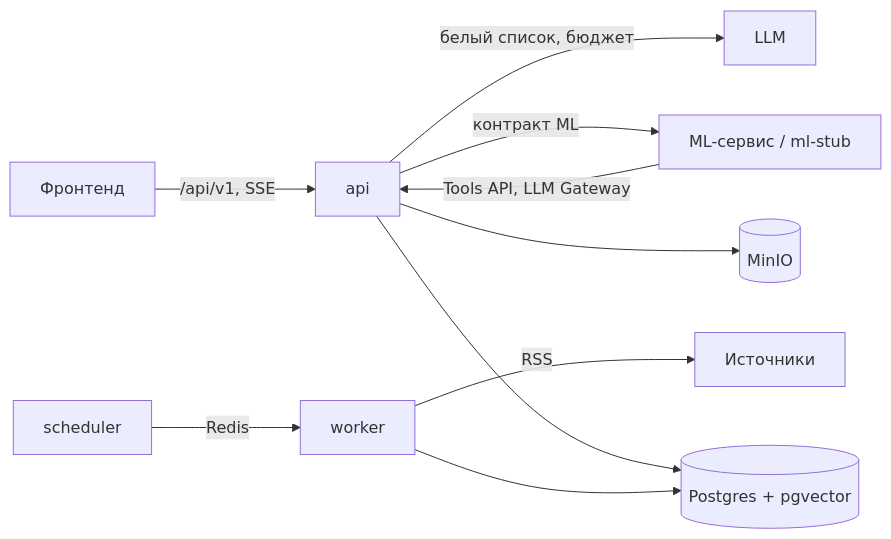
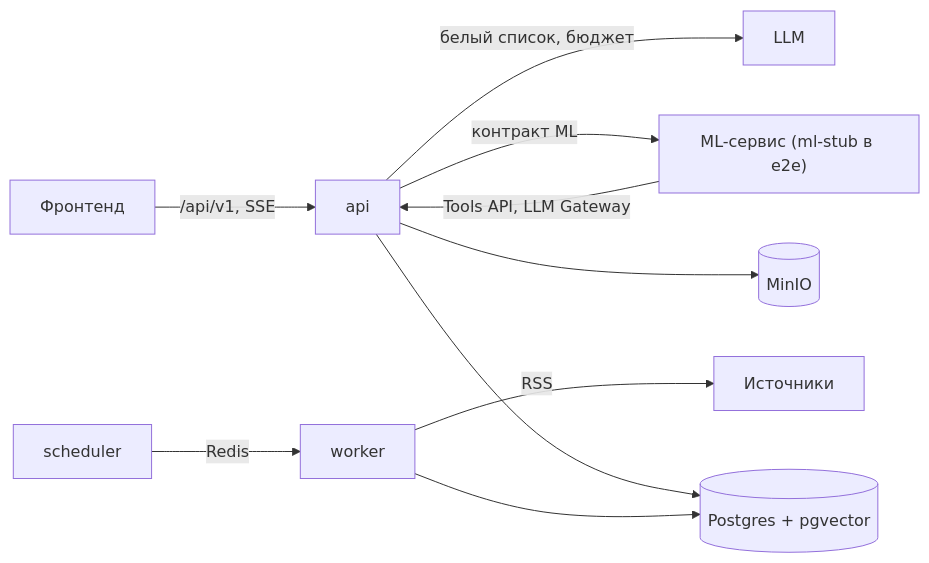
The diagram in README.md (leksika1/alpha-hack), drawn with Mermaid before and after one commit. The commit also changed other lines of this file and 4 other files, not shown here.

Commit message:
docs: README and architecture for the ML service, frontend and deploy; progress, backlog, changelog

````diff
--- a/README.md
+++ b/README.md
@@ -88,12 +91,12 @@
 ```mermaid
 flowchart LR
   FE["Фронтенд"] -->|"/api/v1, SSE"| API["api"]
   API --> PG[("Postgres + pgvector")]
   API --> S3[("MinIO")]
   W["worker"] --> PG
   SCH["scheduler"] -->|"Redis"| W
   W -->|"RSS"| NEWS["Источники"]
-  API -->|"контракт ML"| ML["ML-сервис / ml-stub"]
+  API -->|"контракт ML"| ML["ML-сервис (ml-stub в e2e)"]
   ML -->|"Tools API, LLM Gateway"| API
   API -->|"белый список, бюджет"| LLM["LLM"]
 ```
````
